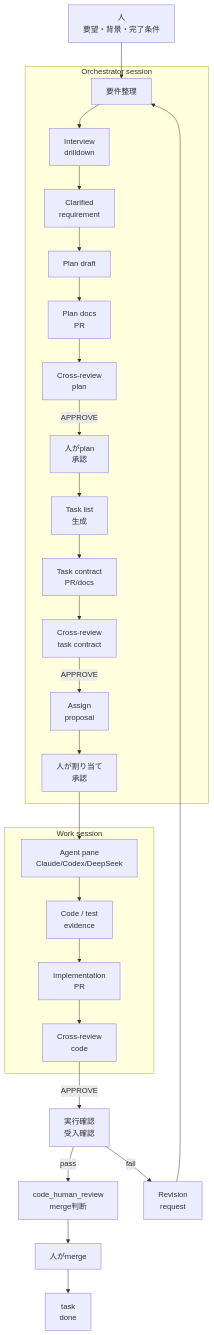
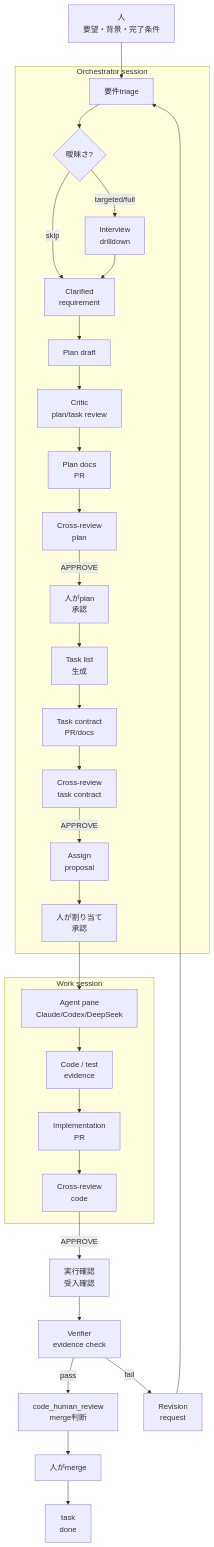
The diagram in docs/orchestrator-interview-workflow-plan.md (aidabo/agent-workflow), drawn with Mermaid before and after one commit. The commit also changed other lines of this file, not shown here.

First line of the commit message:
Refine pipeline plan around orchestrator critic verifier loop

````diff
--- a/docs/orchestrator-interview-workflow-plan.md
+++ b/docs/orchestrator-interview-workflow-plan.md
@@ -17,29 +19,33 @@
 ```mermaid
 flowchart TB
   H[人<br/>要望・背景・完了条件] --> O
   subgraph ORCH[Orchestrator session]
-    O[要件整理] --> I[Interview<br/>drilldown]
-    I --> S[Clarified<br/>requirement]
+    O[要件triage] --> I{曖昧さ?}
+    I -->|skip| S[Clarified<br/>requirement]
+    I -->|targeted/full| Q[Interview<br/>drilldown]
+    Q --> S
     S --> P[Plan draft]
-    P --> PR1[Plan docs<br/>PR]
+    P --> K[Critic<br/>plan/task review]
+    K --> PR1[Plan docs<br/>PR]
     PR1 --> CR1[Cross-review<br/>plan]
     CR1 -->|APPROVE| A[人がplan<br/>承認]
     A --> TL[Task list<br/>生成]
     TL --> PR2[Task contract<br/>PR/docs]
     PR2 --> CR2[Cross-review<br/>task contract]
     CR2 -->|APPROVE| AS[Assign<br/>proposal]
     AS --> H2[人が割り当て<br/>承認]
   end
   H2 --> W
   subgraph WORK[Work session]
     W[Agent pane<br/>Claude/Codex/DeepSeek] --> C[Code / test<br/>evidence]
     C --> PR3[Implementation<br/>PR]
     PR3 --> CR3[Cross-review<br/>code]
   end
   CR3 -->|APPROVE| V[実行確認<br/>受入確認]
-  V -->|pass| H3[code_human_review<br/>merge判断]
+  V --> VF[Verifier<br/>evidence check]
+  VF -->|pass| H3[code_human_review<br/>merge判断]
   H3 --> MR[人がmerge]
   MR --> D[task<br/>done]
-  V -->|fail| R[Revision<br/>request]
+  VF -->|fail| R[Revision<br/>request]
   R --> O
 ```
````
